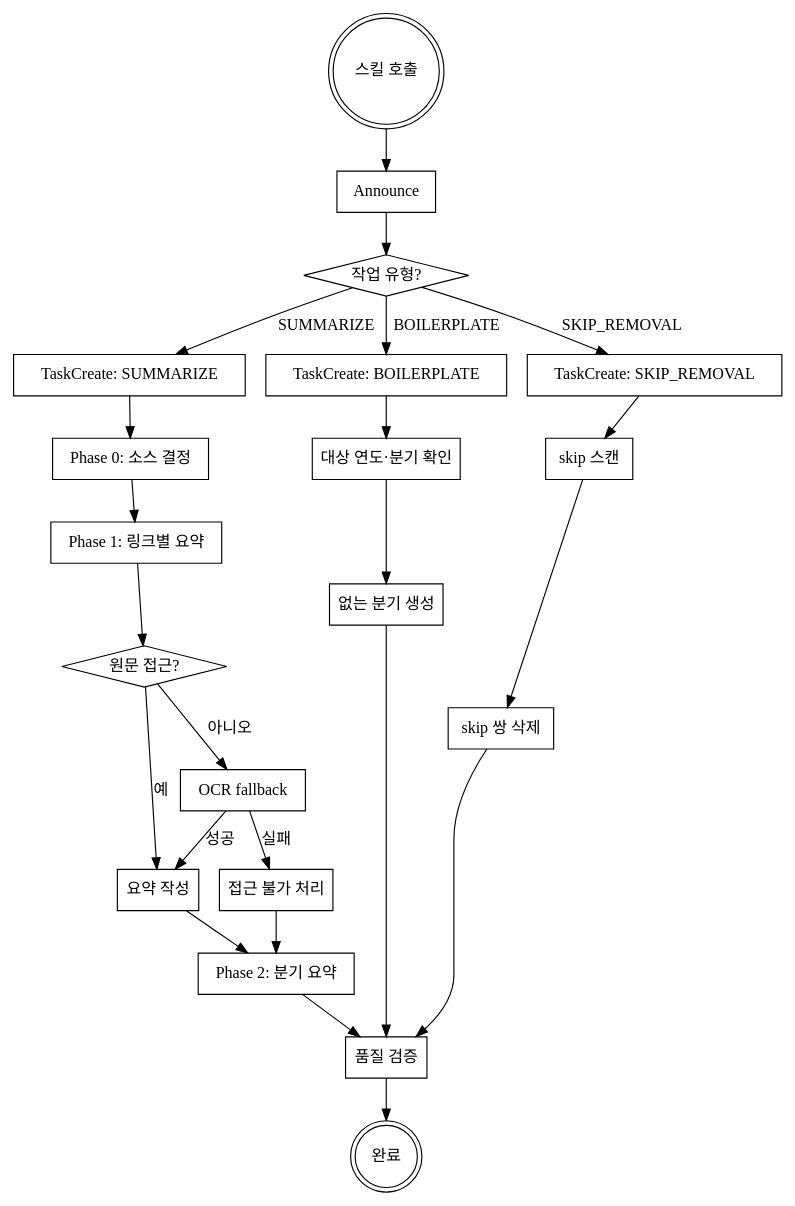
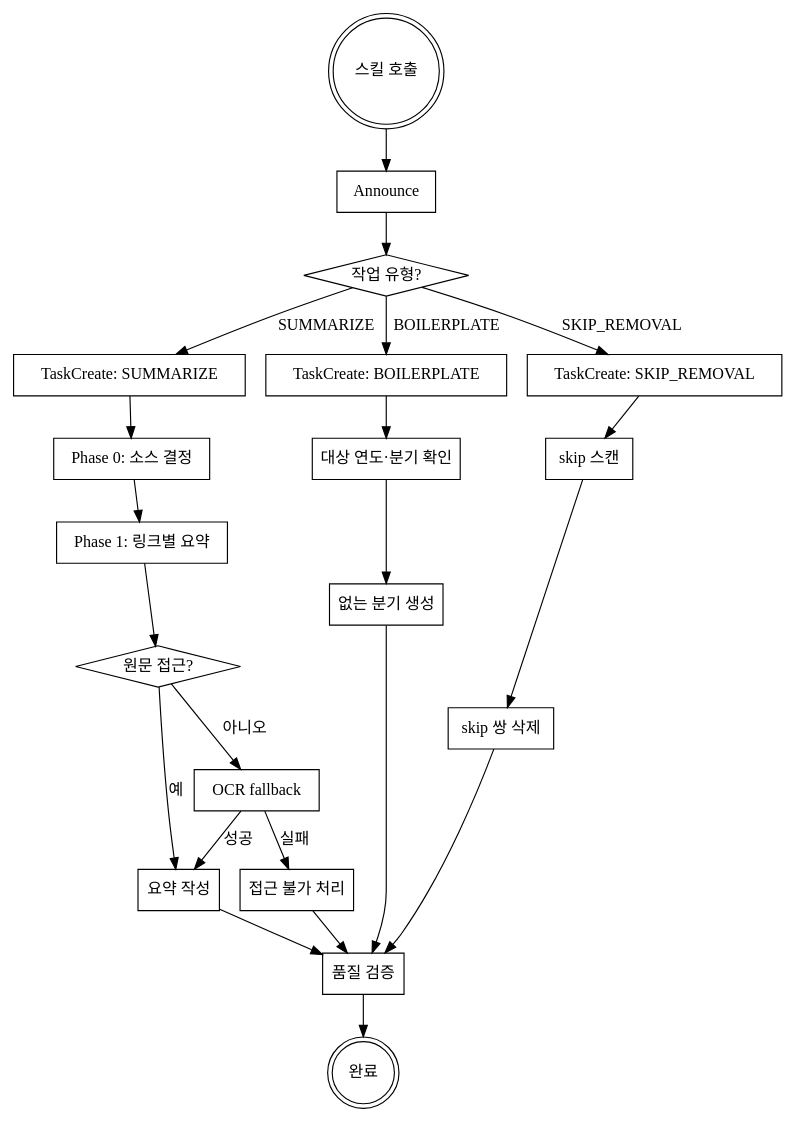
One commit to ypspy/quality-updates changed the diagram in .claude/skills/quality-updates-writer/SKILL.md. Above: the diagram before and after it, drawn with Graphviz. The commit also changed other lines of this file and 79 other files, not shown here.

````diff
--- a/.claude/skills/quality-updates-writer/SKILL.md
+++ b/.claude/skills/quality-updates-writer/SKILL.md
@@ -63,47 +62,45 @@
 ```dot
 digraph quality_updates {
     rankdir=TB;
     "스킬 호출" [shape=doublecircle];
     "Announce" [shape=box];
     "작업 유형?" [shape=diamond];
     "TaskCreate: SUMMARIZE" [shape=box];
     "TaskCreate: BOILERPLATE" [shape=box];
     "TaskCreate: SKIP_REMOVAL" [shape=box];
     "Phase 0: 소스 결정" [shape=box];
     "Phase 1: 링크별 요약" [shape=box];
     "원문 접근?" [shape=diamond];
     "요약 작성" [shape=box];
     "OCR fallback" [shape=box];
     "접근 불가 처리" [shape=box];
-    "Phase 2: 분기 요약" [shape=box];
     "대상 연도·분기 확인" [shape=box];
     "없는 분기 생성" [shape=box];
     "skip 스캔" [shape=box];
     "skip 쌍 삭제" [shape=box];
     "품질 검증" [shape=box];
     "완료" [shape=doublecircle];
 
     "스킬 호출" -> "Announce";
     "Announce" -> "작업 유형?";
     "작업 유형?" -> "TaskCreate: SUMMARIZE" [label="SUMMARIZE"];
     "작업 유형?" -> "TaskCreate: BOILERPLATE" [label="BOILERPLATE"];
     "작업 유형?" -> "TaskCreate: SKIP_REMOVAL" [label="SKIP_REMOVAL"];
     "TaskCreate: SUMMARIZE" -> "Phase 0: 소스 결정";
     "Phase 0: 소스 결정" -> "Phase 1: 링크별 요약";
     "Phase 1: 링크별 요약" -> "원문 접근?";
     "원문 접근?" -> "요약 작성" [label="예"];
     "원문 접근?" -> "OCR fallback" [label="아니오"];
     "OCR fallback" -> "요약 작성" [label="성공"];
     "OCR fallback" -> "접근 불가 처리" [label="실패"];
-    "요약 작성" -> "Phase 2: 분기 요약";
-    "접근 불가 처리" -> "Phase 2: 분기 요약";
-    "Phase 2: 분기 요약" -> "품질 검증";
+    "요약 작성" -> "품질 검증";
+    "접근 불가 처리" -> "품질 검증";
     "TaskCreate: BOILERPLATE" -> "대상 연도·분기 확인";
     "대상 연도·분기 확인" -> "없는 분기 생성";
     "없는 분기 생성" -> "품질 검증";
     "TaskCreate: SKIP_REMOVAL" -> "skip 스캔";
     "skip 스캔" -> "skip 쌍 삭제";
     "skip 쌍 삭제" -> "품질 검증";
     "품질 검증" -> "완료";
 }
 ```
````
